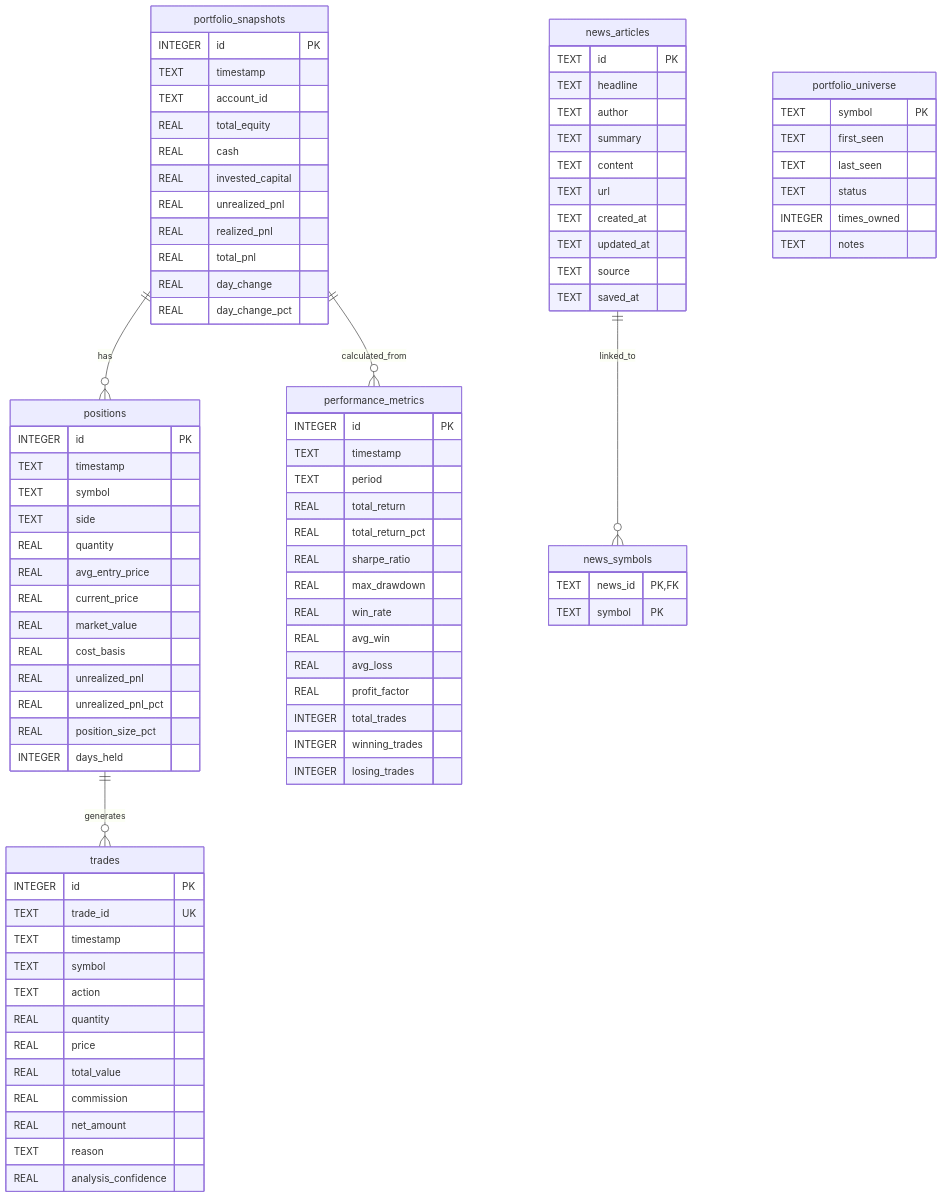
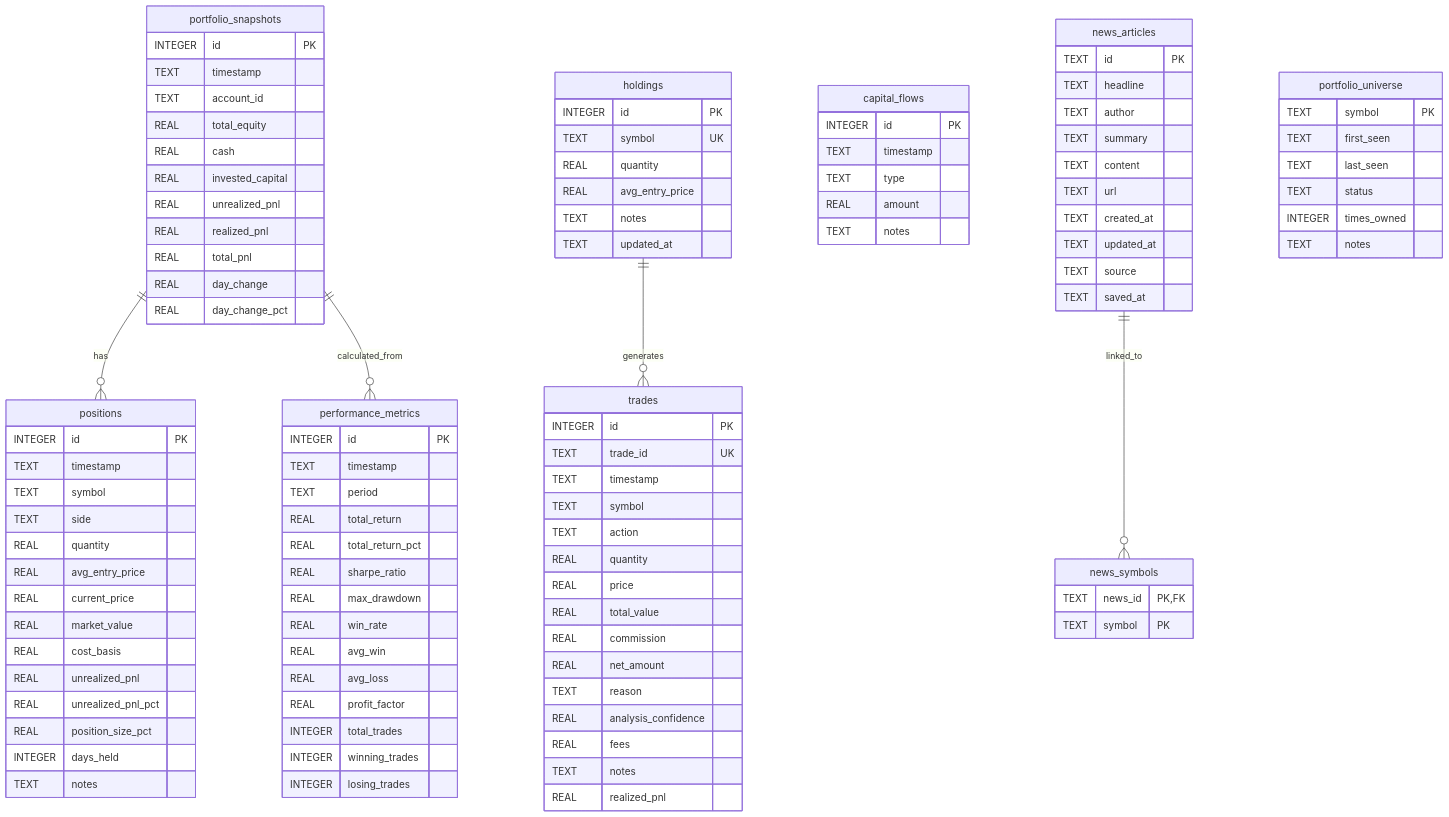
One commit to tomascufaro/multiagent_trade_system changed the diagram in data_module/database_diagram.md. Above: the diagram before and after it, drawn with Mermaid. The commit also changed other lines of this file and 27 other files, not shown here.

````diff
--- a/data_module/database_diagram.md
+++ b/data_module/database_diagram.md
@@ -30,6 +30,7 @@
         REAL unrealized_pnl_pct
         REAL position_size_pct
         INTEGER days_held
+        TEXT notes
     }
     
     trades {
@@ -45,6 +46,26 @@
         REAL net_amount
         TEXT reason
         REAL analysis_confidence
+        REAL fees
+        TEXT notes
+        REAL realized_pnl
+    }
+
+    holdings {
+        INTEGER id PK
+        TEXT symbol UK
+        REAL quantity
+        REAL avg_entry_price
+        TEXT notes
+        TEXT updated_at
+    }
+
+    capital_flows {
+        INTEGER id PK
+        TEXT timestamp
+        TEXT type
+        REAL amount
+        TEXT notes
     }
     
     performance_metrics {
@@ -93,7 +114,7 @@
     
     %% Relationships
     portfolio_snapshots ||--o{ positions : "has"
-    positions ||--o{ trades : "generates"
+    holdings ||--o{ trades : "generates"
     portfolio_snapshots ||--o{ performance_metrics : "calculated_from"
     news_articles ||--o{ news_symbols : "linked_to"
 ```
````
